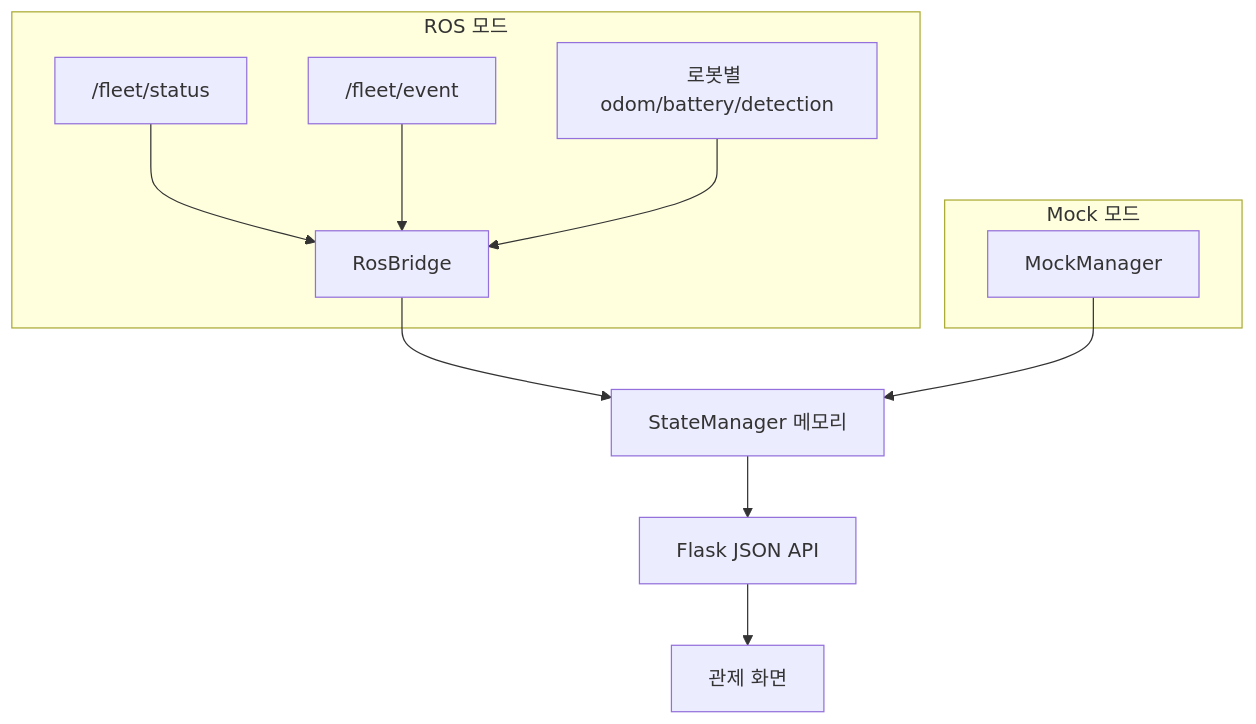
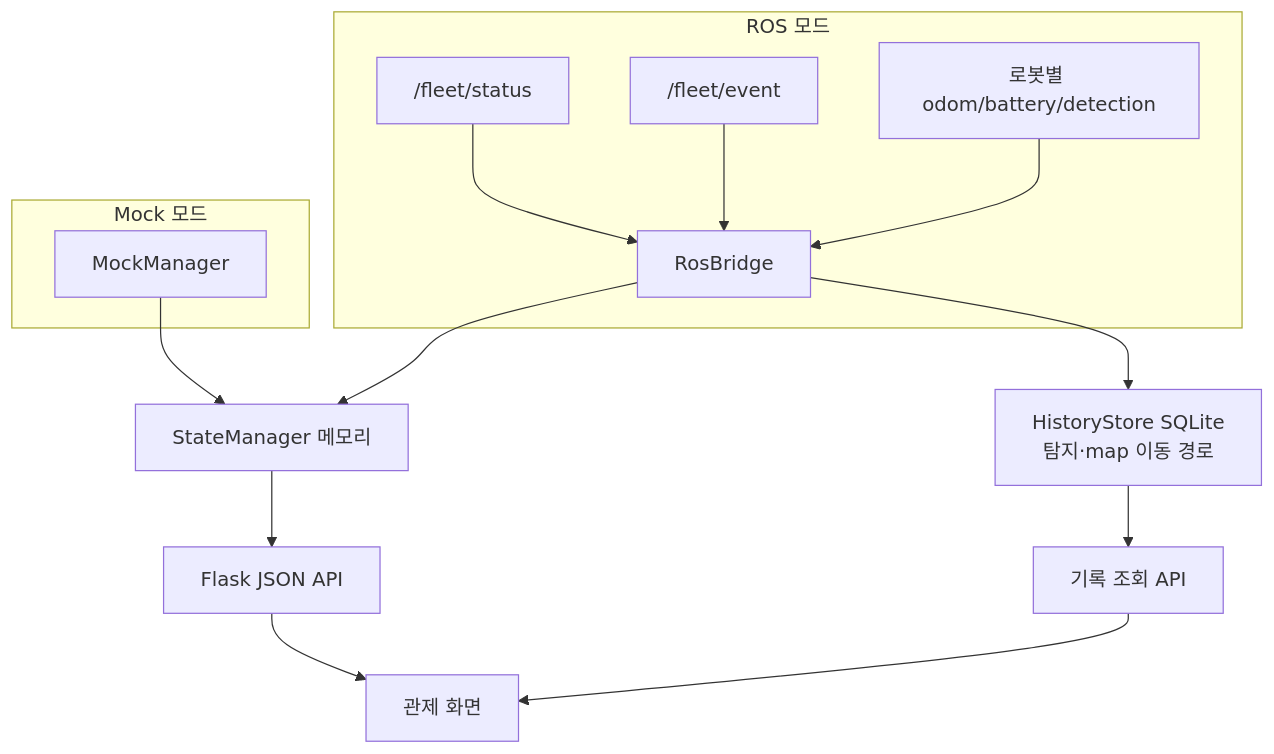
One commit to jiwan1230/2026_ROKEY_4_UnderGuard changed the diagram in Sysmon/docs/NOTION_SYSTEM_MONITOR_OVERVIEW.md. Above: the diagram before and after it, drawn with Mermaid. The commit also changed other lines of this file and 24 other files, not shown here.

````diff
--- a/Sysmon/docs/NOTION_SYSTEM_MONITOR_OVERVIEW.md
+++ b/Sysmon/docs/NOTION_SYSTEM_MONITOR_OVERVIEW.md
@@ -9,15 +9,18 @@
 ```mermaid
 flowchart TD
     subgraph ROS 모드
         A1["/fleet/status"] --> B[RosBridge]
         A2["/fleet/event"] --> B
         A3["로봇별 odom/battery/detection"] --> B
     end
     subgraph Mock 모드
         C[MockManager]
     end
     B --> D["StateManager 메모리"]
     C --> D
     D --> E["Flask JSON API"]
     E --> F[관제 화면]
+    B --> G["HistoryStore SQLite<br/>탐지·map 이동 경로"]
+    G --> H["기록 조회 API"]
+    H --> F
 ```
````
